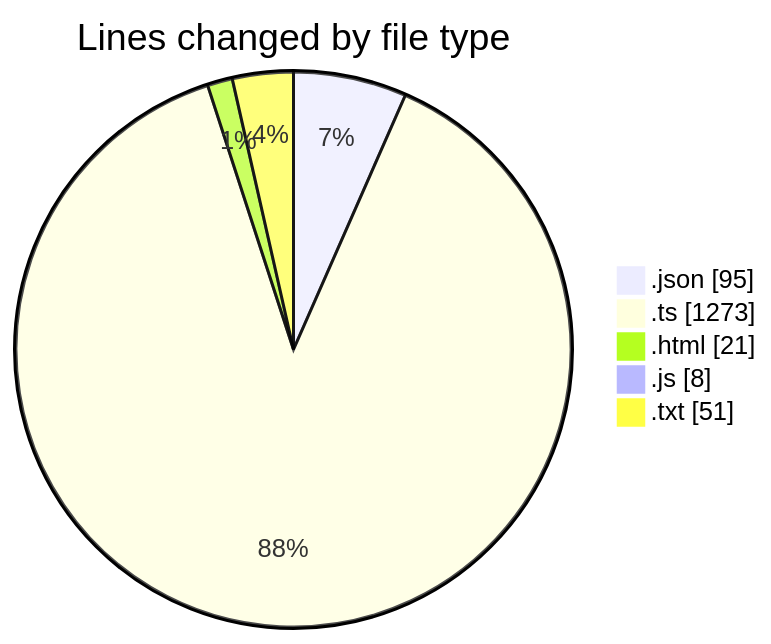
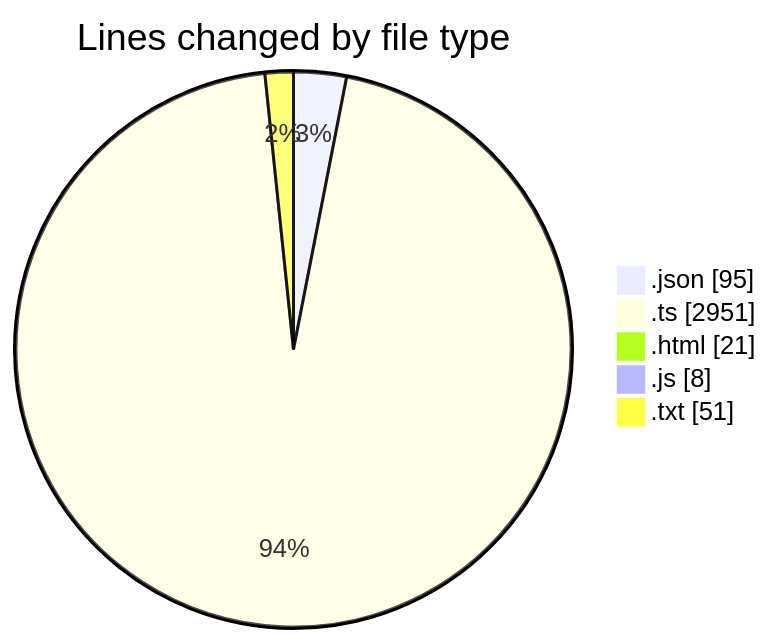
The first of 2 diagrams in 2026-02-02/singularitybrainai/README.md (tmsrecording-cyber/code-tracking), drawn with Mermaid before and after one commit. The commit also changed other lines of this file and 1 other file, not shown here.

````diff
--- a/2026-02-02/singularitybrainai/README.md
+++ b/2026-02-02/singularitybrainai/README.md
@@ -29,9 +29,9 @@
 ```mermaid
 pie showData
 title Lines changed by file type
 ".json" : 95
-".ts" : 1273
+".ts" : 2951
 ".html" : 21
 ".js" : 8
 ".txt" : 51
 ```
````
